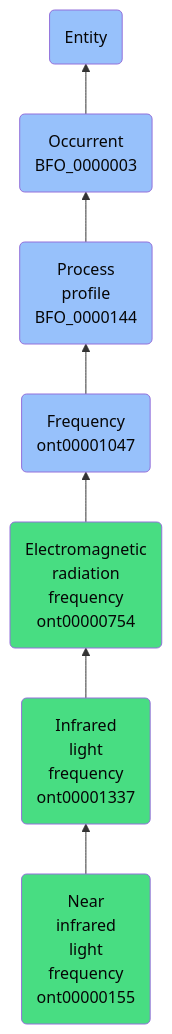
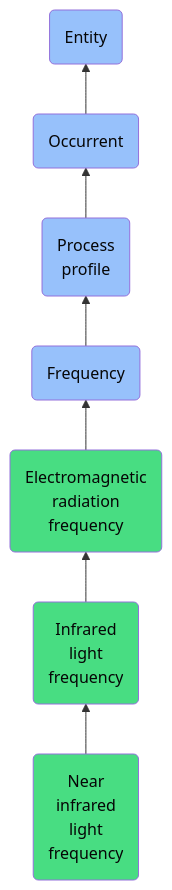
The diagram in docs/ontology/reference/model/Entity/Occurrent/Process profile/Frequency/Electromagnetic radiation frequency/Infrared light frequency/Near infrared light frequency/Near infrared light frequency.md (jupyter-naas/abi), drawn with Mermaid before and after one commit. The commit also changed other lines of this file and 1430 other files, not shown here.

````diff
--- a/docs/ontology/reference/model/Entity/Occurrent/Process profile/Frequency/Electromagnetic radiation frequency/Infrared light frequency/Near infrared light frequency/Near infrared light frequency.md
+++ b/docs/ontology/reference/model/Entity/Occurrent/Process profile/Frequency/Electromagnetic radiation frequency/Infrared light frequency/Near infrared light frequency/Near infrared light frequency.md
@@ -24,14 +24,14 @@
 ```mermaid
 graph BT
-    ont00000155(Near<br>infrared<br>light<br>frequency<br>ont00000155):::ABI-->ont00001337
-    ont00001337(Infrared<br>light<br>frequency<br>ont00001337):::ABI-->ont00000754
-    ont00000754(Electromagnetic<br>radiation<br>frequency<br>ont00000754):::ABI-->ont00001047
-    ont00001047(Frequency<br>ont00001047):::BFO-->BFO_0000144
-    BFO_0000144(Process<br>profile<br>BFO_0000144):::BFO-->BFO_0000003
-    BFO_0000003(Occurrent<br>BFO_0000003):::BFO-->BFO_0000001
+    ont00000155(Near<br>infrared<br>light<br>frequency):::ABI-->ont00001337
+    ont00001337(Infrared<br>light<br>frequency):::ABI-->ont00000754
+    ont00000754(Electromagnetic<br>radiation<br>frequency):::ABI-->ont00001047
+    ont00001047(Frequency):::BFO-->BFO_0000144
+    BFO_0000144(Process<br>profile):::BFO-->BFO_0000003
+    BFO_0000003(Occurrent):::BFO-->BFO_0000001
     BFO_0000001(Entity):::BFO
     
     classDef BFO fill:#97c1fb,color:#060606
     classDef CCO fill:#e4c51e,color:#060606
     classDef ABI fill:#48DD82,color:#060606
 ```
````
